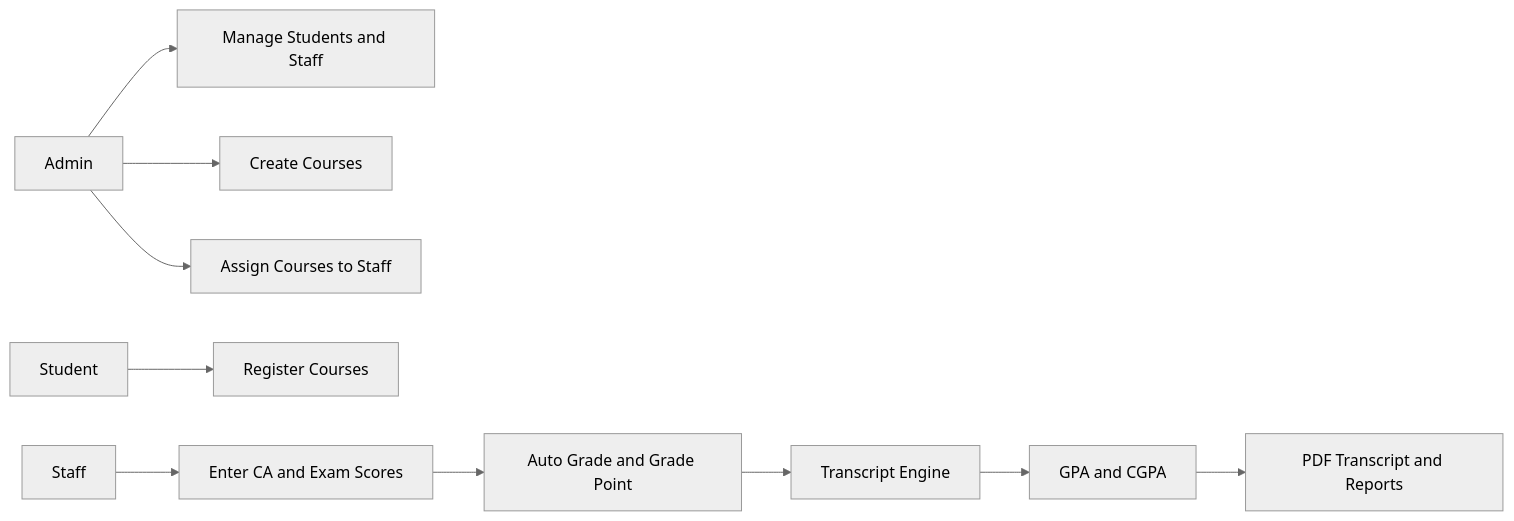
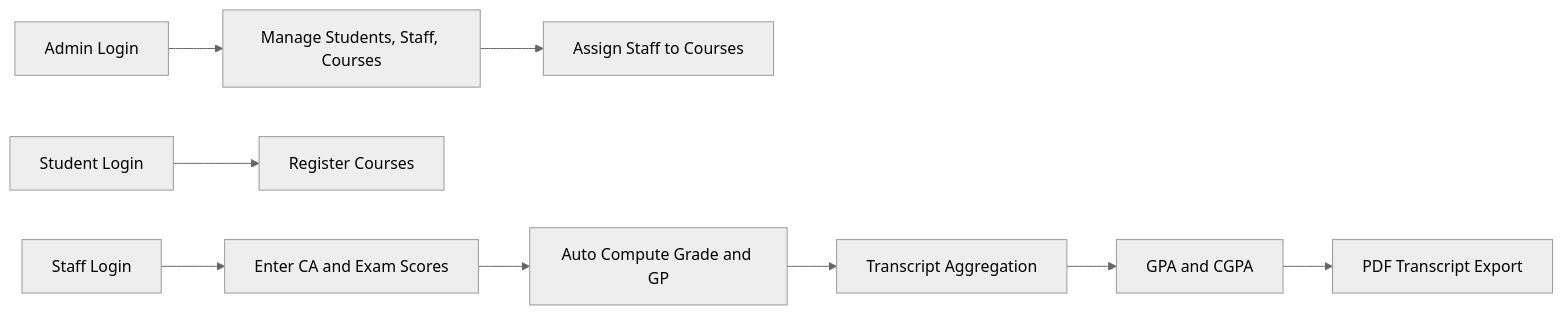
Before and after one commit to addicted56/Addicted: the diagram in README.md, drawn with Mermaid (neutral theme). The commit also changed other lines of this file, not shown here.

````diff
--- a/README.md
+++ b/README.md
@@ -80,12 +84,11 @@
 ```mermaid
 flowchart LR
-    A[Admin] --> B[Manage Students and Staff]
-    A --> C[Create Courses]
-    A --> D[Assign Courses to Staff]
-    E[Student] --> F[Register Courses]
-    G[Staff] --> H[Enter CA and Exam Scores]
-    H --> I[Auto Grade and Grade Point]
-    I --> J[Transcript Engine]
-    J --> K[GPA and CGPA]
-    K --> L[PDF Transcript and Reports]
+    A[Admin Login] --> B[Manage Students, Staff, Courses]
+    B --> C[Assign Staff to Courses]
+    D[Student Login] --> E[Register Courses]
+    F[Staff Login] --> G[Enter CA and Exam Scores]
+    G --> H[Auto Compute Grade and GP]
+    H --> I[Transcript Aggregation]
+    I --> J[GPA and CGPA]
+    J --> K[PDF Transcript Export]
 ```
````
